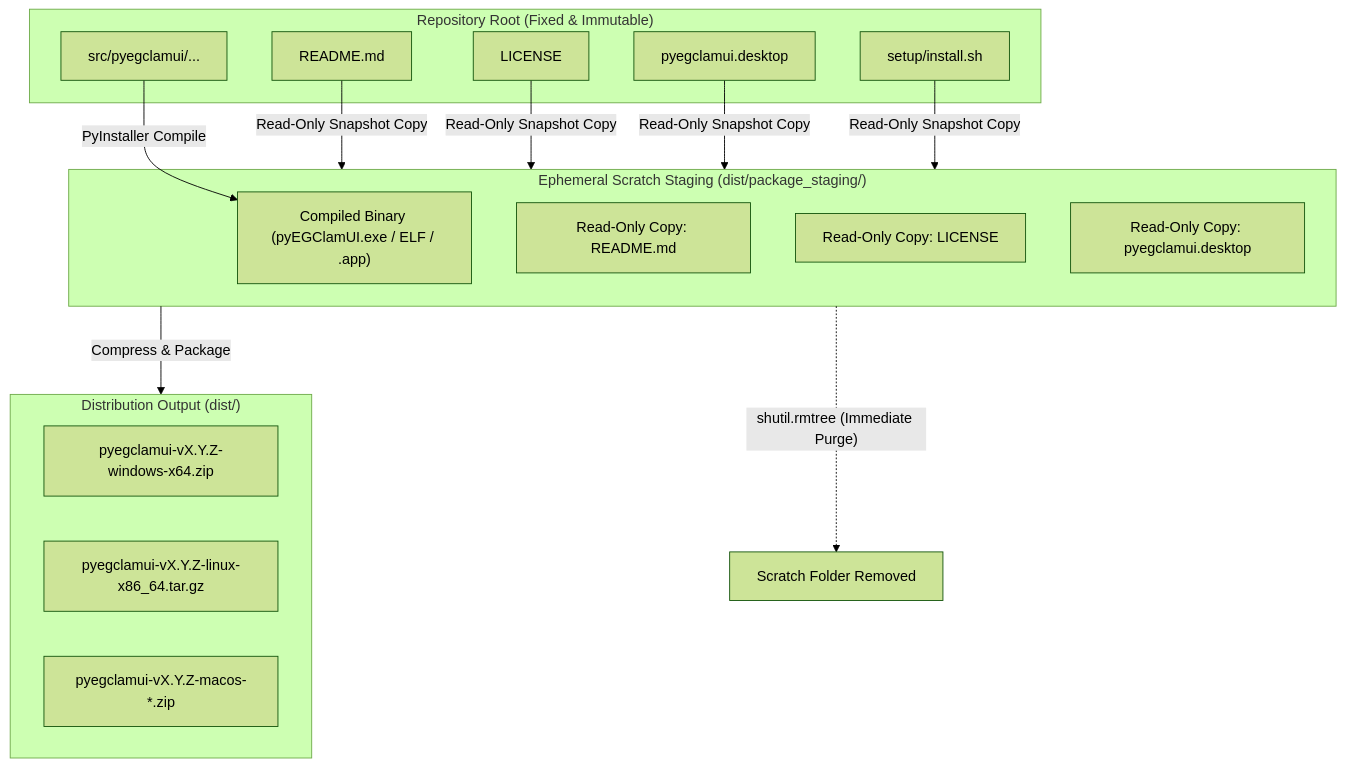
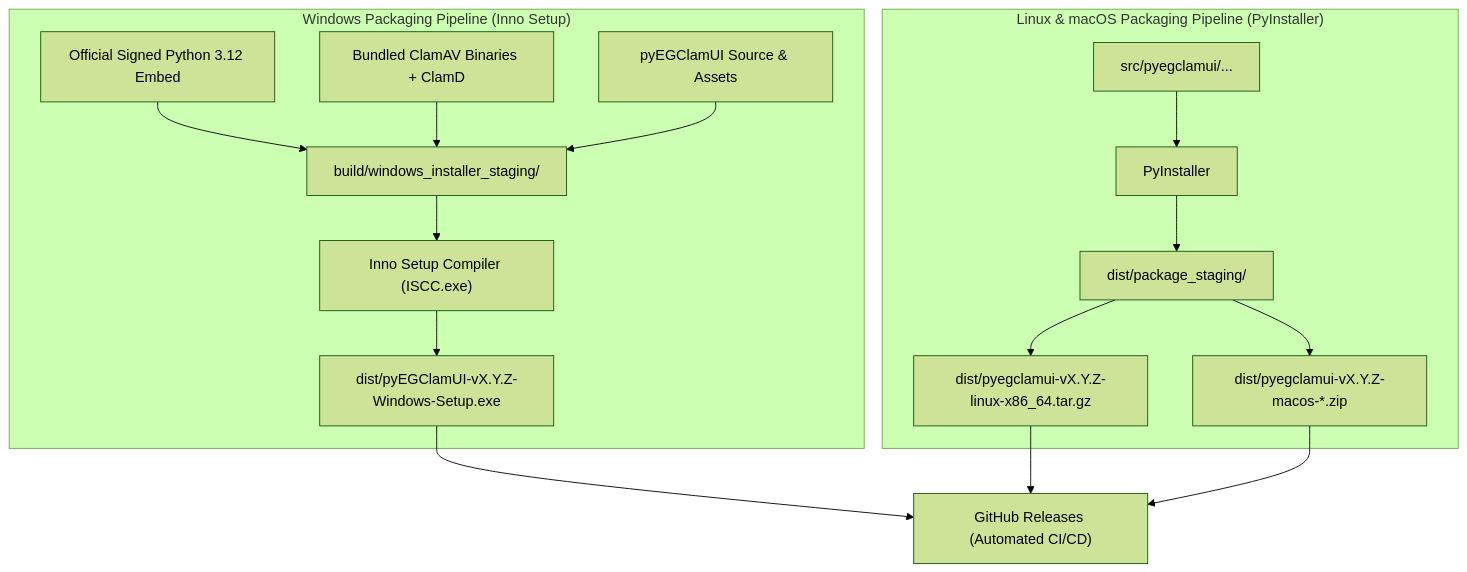
The third of 3 diagrams in docs/DEVELOPMENT_WORKFLOW.md (EG1DOTIN/pyEGClamUI), drawn with Mermaid (forest theme) before and after one commit. The commit also changed other lines of this file and 42 other files, not shown here.

First line of the commit message:
feat: Inno Setup Windows installer suite, centric hidden process runner, and non-blocking GUI lifecycle (v3.1.0)

````diff
--- a/docs/DEVELOPMENT_WORKFLOW.md
+++ b/docs/DEVELOPMENT_WORKFLOW.md
@@ -143,28 +149,21 @@
 ```mermaid
 flowchart TD
-    subgraph SourceRepo ["Repository Root (Fixed & Immutable)"]
-        Src["src/pyegclamui/..."]
-        Readme["README.md"]
-        Lic["LICENSE"]
-        Desktop["pyegclamui.desktop"]
-        Setup["setup/install.sh"]
+    subgraph WindowsPipeline ["Windows Packaging Pipeline (Inno Setup)"]
+        WinEmbed["Official Signed Python 3.12 Embed"] --> WinStage["build/windows_installer_staging/"]
+        ClamWin["Bundled ClamAV Binaries + ClamD"] --> WinStage
+        AppSrc["pyEGClamUI Source & Assets"] --> WinStage
+        WinStage --> ISCC["Inno Setup Compiler (ISCC.exe)"]
+        ISCC --> SetupExe["dist/pyEGClamUI-vX.Y.Z-Windows-Setup.exe"]
     end
 
-    subgraph ScratchArea ["Ephemeral Scratch Staging (dist/package_staging/)"]
-        StageExe["Compiled Binary (pyEGClamUI.exe / ELF / .app)"]
-        StageDoc["Read-Only Copy: README.md"]
-        StageLic["Read-Only Copy: LICENSE"]
-        StageDesk["Read-Only Copy: pyegclamui.desktop"]
+    subgraph UnixPipeline ["Linux & macOS Packaging Pipeline (PyInstaller)"]
+        UnixSrc["src/pyegclamui/..."] --> PyInst["PyInstaller"]
+        PyInst --> ScratchArea["dist/package_staging/"]
+        ScratchArea --> TarGz["dist/pyegclamui-vX.Y.Z-linux-x86_64.tar.gz"]
+        ScratchArea --> MacZip["dist/pyegclamui-vX.Y.Z-macos-*.zip"]
     end
 
-    subgraph FinalOutput ["Distribution Output (dist/)"]
-        Zip["pyegclamui-vX.Y.Z-windows-x64.zip"]
-        Tar["pyegclamui-vX.Y.Z-linux-x86_64.tar.gz"]
-        MacZip["pyegclamui-vX.Y.Z-macos-*.zip"]
-    end
-
-    Src -->|"PyInstaller Compile"| StageExe
-    Readme & Lic & Desktop & Setup -->|"Read-Only Snapshot Copy"| ScratchArea
-    ScratchArea -->|"Compress & Package"| FinalOutput
-    ScratchArea -.->|"shutil.rmtree (Immediate Purge)"| Clean["Scratch Folder Removed"]
+    SetupExe --> GHRelease["GitHub Releases (Automated CI/CD)"]
+    TarGz --> GHRelease
+    MacZip --> GHRelease
 ```
````
